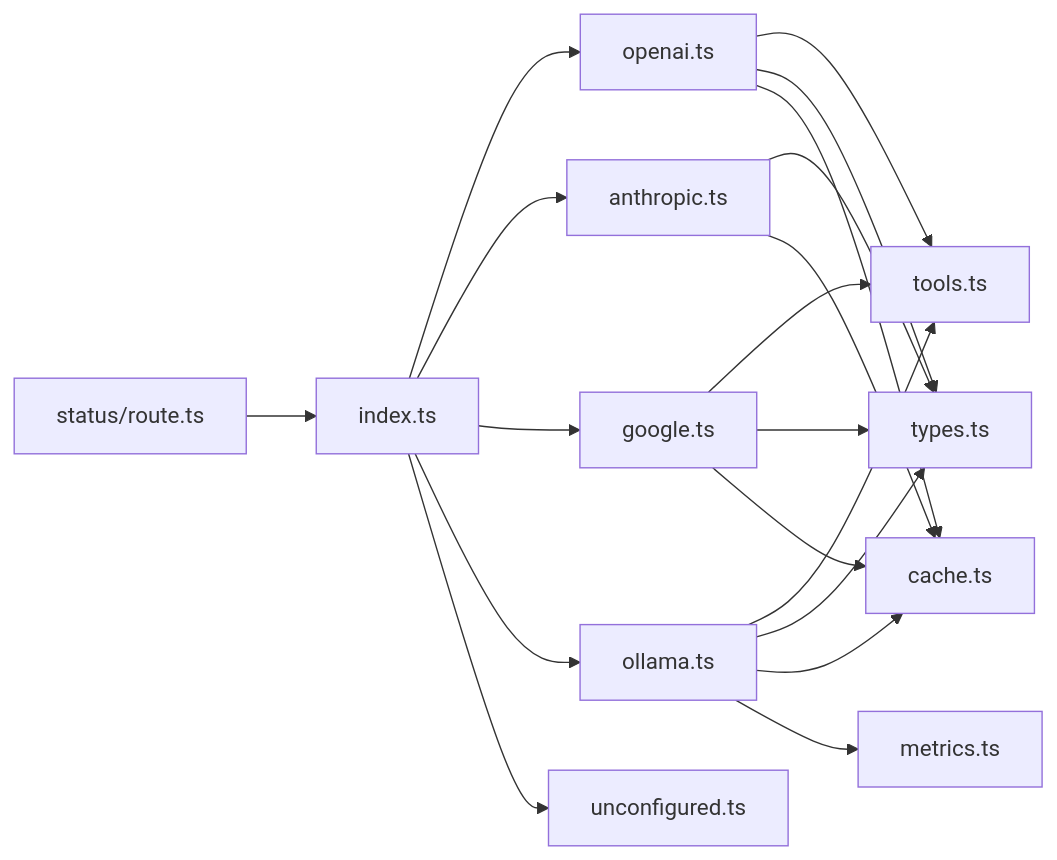
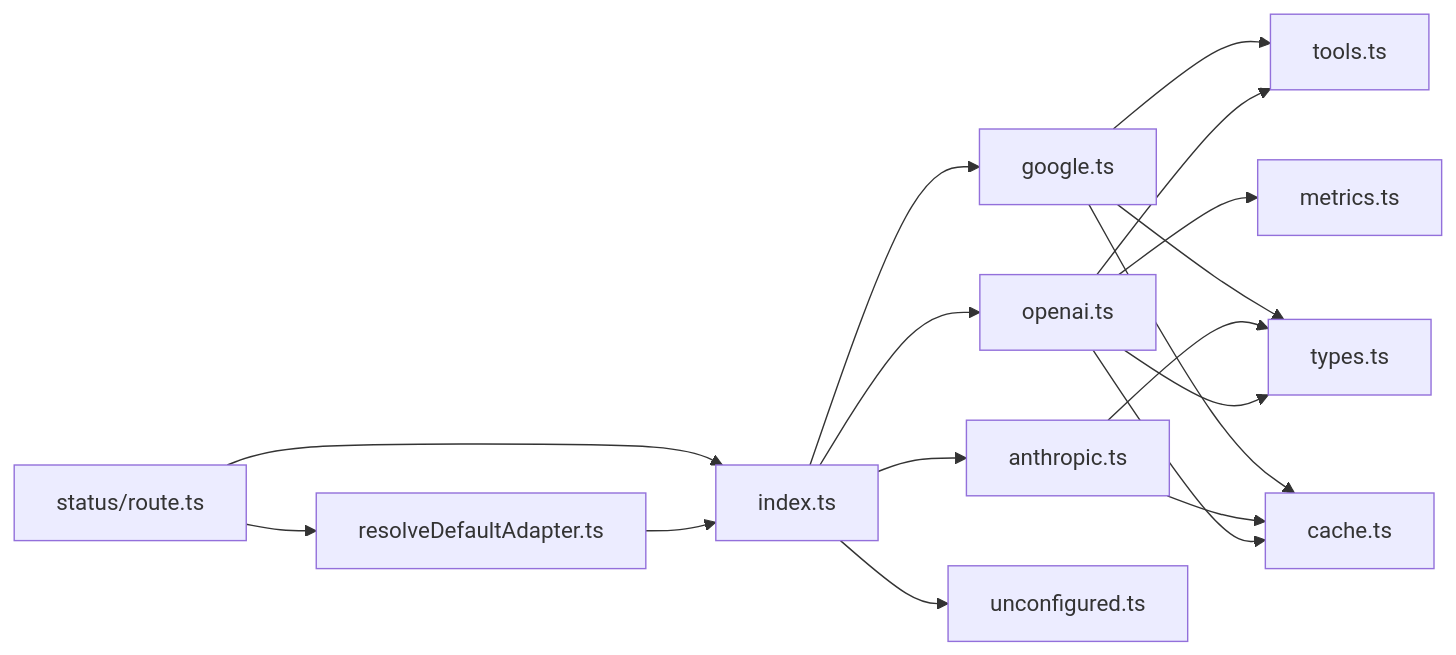
One commit to shekhargiri005-dotcom/AI-powered-accessibility-first-UI-engine changed diagram 12 of 12 in .qoder/repowiki/en/content/Architecture & Design/Layered Architecture/Integration Layer/AI Provider Adapters.md. Above: the diagram before and after it, drawn with Mermaid. The commit also changed other lines of this file and 20 other files, not shown here.

````diff
--- a/.qoder/repowiki/en/content/Architecture & Design/Layered Architecture/Integration Layer/AI Provider Adapters.md
+++ b/.qoder/repowiki/en/content/Architecture & Design/Layered Architecture/Integration Layer/AI Provider Adapters.md
@@ -504,21 +537,19 @@
 ```mermaid
 graph LR
 IDX["index.ts"] --> OA["openai.ts"]
 IDX --> AA["anthropic.ts"]
 IDX --> GA["google.ts"]
-IDX --> OLA["ollama.ts"]
 IDX --> UC["unconfigured.ts"]
+RDA["resolveDefaultAdapter.ts"] --> IDX
 OA --> TOOLS["tools.ts"]
 GA --> TOOLS
-OLA --> TOOLS
 OA --> TYPES["types.ts"]
 AA --> TYPES
 GA --> TYPES
-OLA --> TYPES
-OLA --> CACHE["cache.ts"]
-OA --> CACHE
+OA --> CACHE["cache.ts"]
 AA --> CACHE
 GA --> CACHE
-OLA --> METRICS["metrics.ts"]
+OA --> METRICS["metrics.ts"]
 STATUS["status/route.ts"] --> IDX
+STATUS --> RDA
 ```
````
